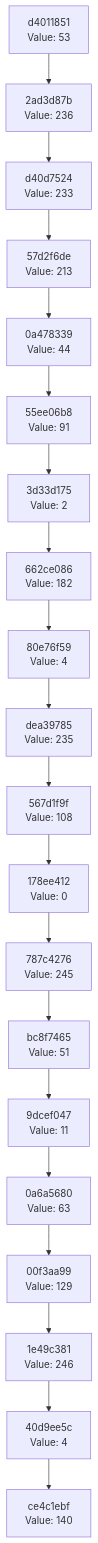
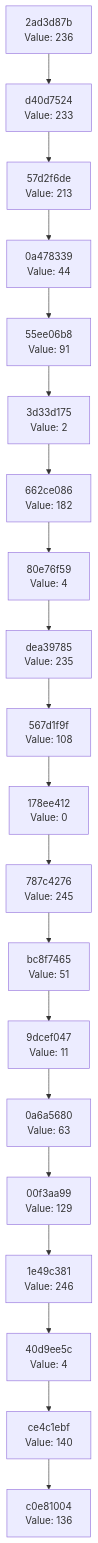
Before and after one commit to Abhisheksinha1506/hash-chain-evolver: the diagram in docs/CHAIN_VISUALIZATION.md, drawn with Mermaid. The commit also changed 3 other files, not shown here.

````diff
--- a/docs/CHAIN_VISUALIZATION.md
+++ b/docs/CHAIN_VISUALIZATION.md
@@ -3,42 +3,42 @@
 ```mermaid
 graph TD
-    C0["ce4c1ebf<br/>Value: 140"]
-    C1["40d9ee5c<br/>Value: 4"]
+    C0["c0e81004<br/>Value: 136"]
+    C1["ce4c1ebf<br/>Value: 140"]
     C1 --> C0
-    C2["1e49c381<br/>Value: 246"]
+    C2["40d9ee5c<br/>Value: 4"]
     C2 --> C1
-    C3["00f3aa99<br/>Value: 129"]
+    C3["1e49c381<br/>Value: 246"]
     C3 --> C2
-    C4["0a6a5680<br/>Value: 63"]
+    C4["00f3aa99<br/>Value: 129"]
     C4 --> C3
-    C5["9dcef047<br/>Value: 11"]
+    C5["0a6a5680<br/>Value: 63"]
     C5 --> C4
-    C6["bc8f7465<br/>Value: 51"]
+    C6["9dcef047<br/>Value: 11"]
     C6 --> C5
-    C7["787c4276<br/>Value: 245"]
+    C7["bc8f7465<br/>Value: 51"]
     C7 --> C6
-    C8["178ee412<br/>Value: 0"]
+    C8["787c4276<br/>Value: 245"]
     C8 --> C7
-    C9["567d1f9f<br/>Value: 108"]
+    C9["178ee412<br/>Value: 0"]
     C9 --> C8
-    C10["dea39785<br/>Value: 235"]
+    C10["567d1f9f<br/>Value: 108"]
     C10 --> C9
-    C11["80e76f59<br/>Value: 4"]
+    C11["dea39785<br/>Value: 235"]
     C11 --> C10
-    C12["662ce086<br/>Value: 182"]
+    C12["80e76f59<br/>Value: 4"]
     C12 --> C11
-    C13["3d33d175<br/>Value: 2"]
+    C13["662ce086<br/>Value: 182"]
     C13 --> C12
-    C14["55ee06b8<br/>Value: 91"]
+    C14["3d33d175<br/>Value: 2"]
     C14 --> C13
-    C15["0a478339<br/>Value: 44"]
+    C15["55ee06b8<br/>Value: 91"]
     C15 --> C14
-    C16["57d2f6de<br/>Value: 213"]
+    C16["0a478339<br/>Value: 44"]
     C16 --> C15
-    C17["d40d7524<br/>Value: 233"]
+    C17["57d2f6de<br/>Value: 213"]
     C17 --> C16
-    C18["2ad3d87b<br/>Value: 236"]
+    C18["d40d7524<br/>Value: 233"]
     C18 --> C17
-    C19["d4011851<br/>Value: 53"]
+    C19["2ad3d87b<br/>Value: 236"]
     C19 --> C18
 ```
````
